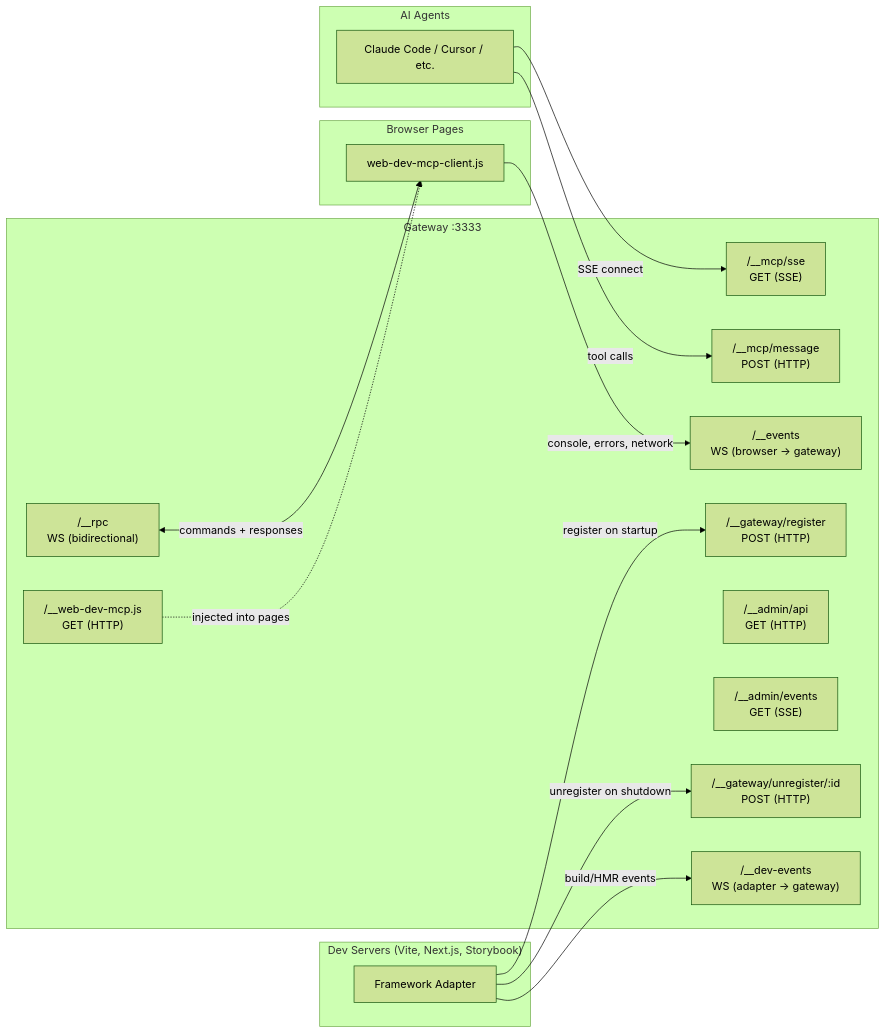
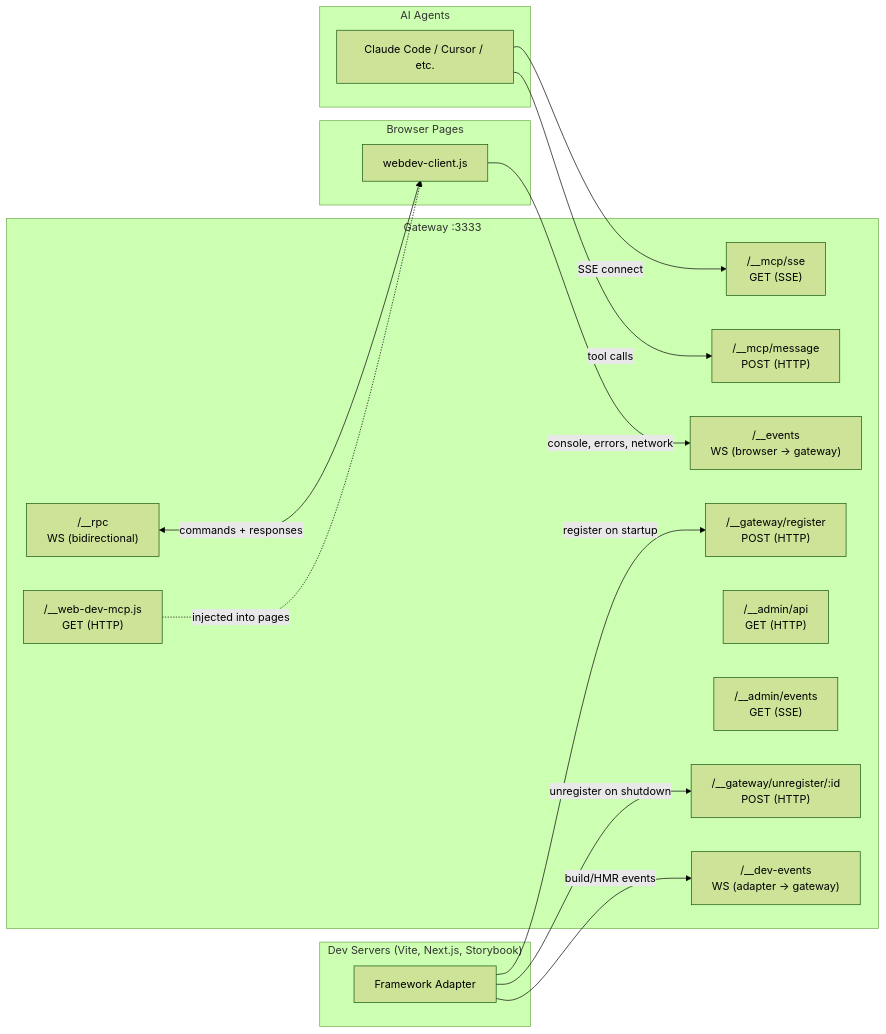
The third of 8 diagrams in docs/architecture.md (WinstonFassett/webdev-ai), drawn with Mermaid (forest theme) before and after one commit. The commit also changed other lines of this file and 12 other files, not shown here.

````diff
--- a/docs/architecture.md
+++ b/docs/architecture.md
@@ -104,41 +104,41 @@
 ```mermaid
 graph LR
     subgraph "Dev Servers (Vite, Next.js, Storybook)"
         ADAPTER["Framework Adapter"]
     end
 
     subgraph "Gateway :3333"
         REG["/__gateway/register<br/>POST (HTTP)"]
         UNREG["/__gateway/unregister/:id<br/>POST (HTTP)"]
         EVENTS_WS["/__events<br/>WS (browser → gateway)"]
         DEV_WS["/__dev-events<br/>WS (adapter → gateway)"]
         RPC_WS["/__rpc<br/>WS (bidirectional)"]
         ADMIN_API["/__admin/api<br/>GET (HTTP)"]
         ADMIN_SSE["/__admin/events<br/>GET (SSE)"]
         MCP_SSE["/__mcp/sse<br/>GET (SSE)"]
         MCP_MSG["/__mcp/message<br/>POST (HTTP)"]
         CLIENT_JS["/__web-dev-mcp.js<br/>GET (HTTP)"]
     end
 
     subgraph "Browser Pages"
-        CLIENT["web-dev-mcp-client.js"]
+        CLIENT["webdev-client.js"]
     end
 
     subgraph "AI Agents"
         AGENT["Claude Code / Cursor / etc."]
     end
 
     %% Adapter registration
     ADAPTER -->|"register on startup"| REG
     ADAPTER -->|"unregister on shutdown"| UNREG
     ADAPTER -->|"build/HMR events"| DEV_WS
 
     %% Browser connections
     CLIENT -->|"console, errors, network"| EVENTS_WS
     RPC_WS <-->|"commands + responses"| CLIENT
     CLIENT_JS -.->|"injected into pages"| CLIENT
 
     %% Agent connections
     AGENT -->|"SSE connect"| MCP_SSE
     AGENT -->|"tool calls"| MCP_MSG
 ```
````
